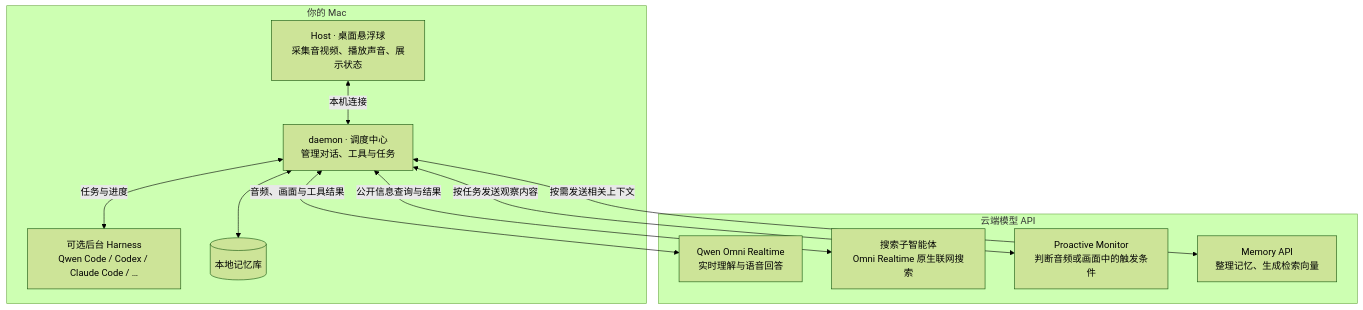
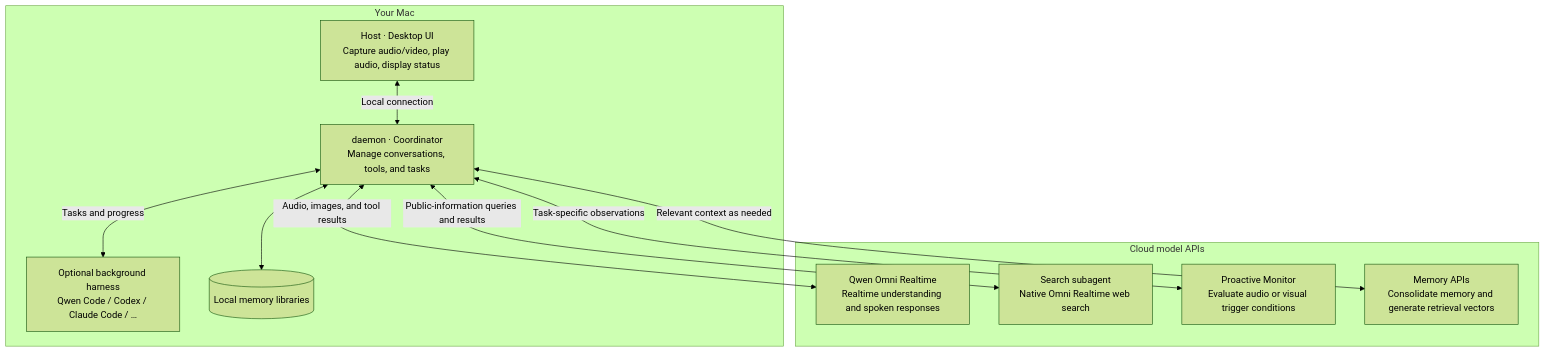
The diagram in README.md (QwenLM/Qwen-Live-Harness), drawn with Mermaid (forest theme) before and after one commit. The commit also changed other lines of this file and 97 other files, not shown here.

````diff
--- a/README.md
+++ b/README.md
@@ -138,22 +136,22 @@
 ```mermaid
 flowchart TB
-  subgraph local["你的 Mac"]
-    host["Host · 桌面悬浮球<br/>采集音视频、播放声音、展示状态"]
-    daemon["daemon · 调度中心<br/>管理对话、工具与任务"]
-    backend["可选后台 Harness<br/>Qwen Code / Codex / Claude Code / …"]
-    memory[("本地记忆库")]
-    host <-->|本机连接| daemon
-    daemon <-->|任务与进度| backend
+  subgraph local["Your Mac"]
+    host["Host · Desktop UI<br/>Capture audio/video, play audio, display status"]
+    daemon["daemon · Coordinator<br/>Manage conversations, tools, and tasks"]
+    backend["Optional background harness<br/>Qwen Code / Codex / Claude Code / …"]
+    memory[("Local memory libraries")]
+    host <-->|Local connection| daemon
+    daemon <-->|Tasks and progress| backend
     daemon <--> memory
   end
-  subgraph cloud["云端模型 API"]
-    omni["Qwen Omni Realtime<br/>实时理解与语音回答"]
-    search["搜索子智能体<br/>Omni Realtime 原生联网搜索"]
-    monitor["Proactive Monitor<br/>判断音频或画面中的触发条件"]
-    memoryapi["Memory API<br/>整理记忆、生成检索向量"]
+  subgraph cloud["Cloud model APIs"]
+    omni["Qwen Omni Realtime<br/>Realtime understanding and spoken responses"]
+    search["Search subagent<br/>Native Omni Realtime web search"]
+    monitor["Proactive Monitor<br/>Evaluate audio or visual trigger conditions"]
+    memoryapi["Memory APIs<br/>Consolidate memory and generate retrieval vectors"]
   end
-  daemon <-->|音频、画面与工具结果| omni
-  daemon <-->|公开信息查询与结果| search
-  daemon <-->|按任务发送观察内容| monitor
-  daemon <-->|按需发送相关上下文| memoryapi
+  daemon <-->|Audio, images, and tool results| omni
+  daemon <-->|Public-information queries and results| search
+  daemon <-->|Task-specific observations| monitor
+  daemon <-->|Relevant context as needed| memoryapi
 ```
````
